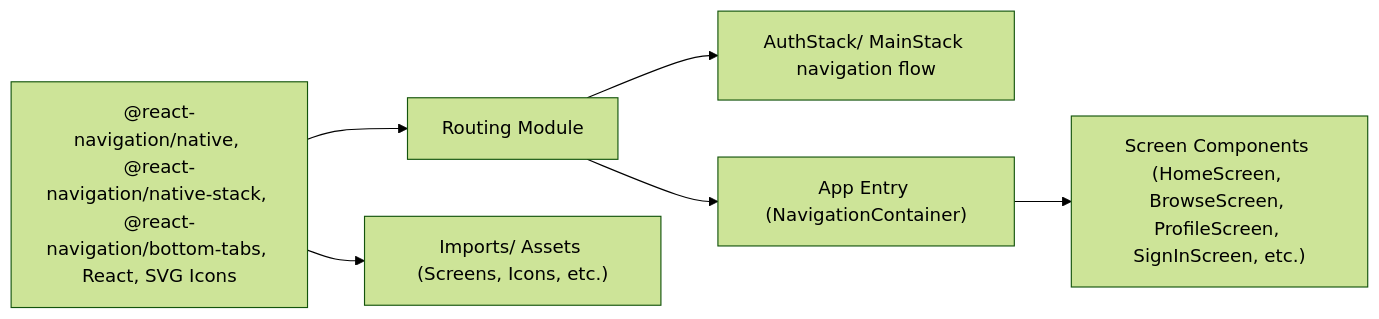
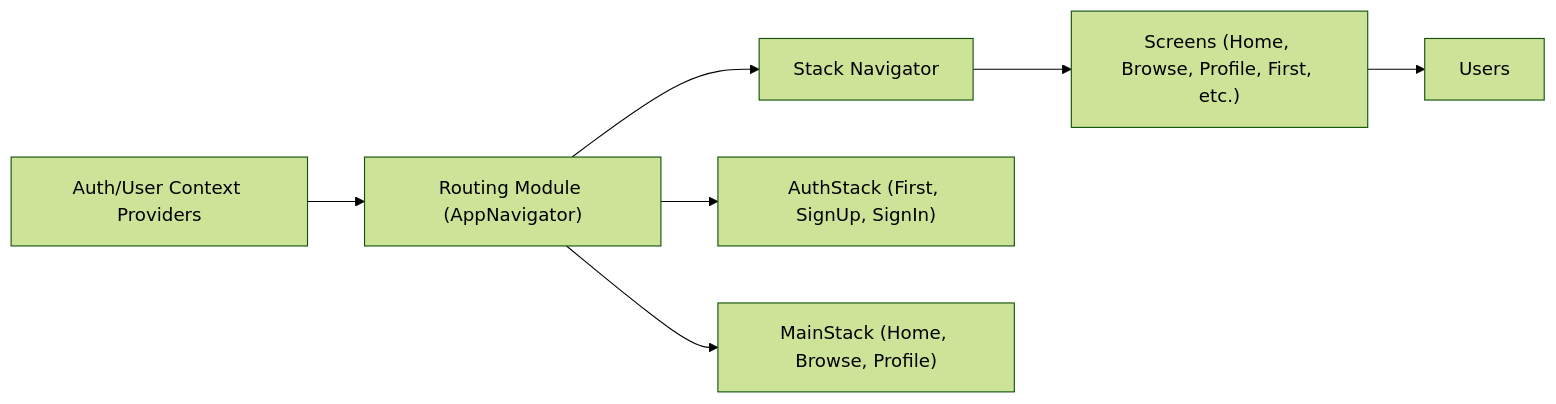
One commit to lucasboucher/Expo-Firebase-Boiler-Plate-2 changed the diagram in .shelfya/guide/routing.md. Above: the diagram before and after it, drawn with Mermaid (forest theme). The commit also changed other lines of this file and 7 other files, not shown here.

````diff
--- a/.shelfya/guide/routing.md
+++ b/.shelfya/guide/routing.md
@@ -44,8 +59,8 @@
 ```mermaid
 flowchart LR
-  dependencies["@react-navigation/native, @react-navigation/native-stack, @react-navigation/bottom-tabs, React, SVG Icons"] --> thisModule["Routing Module"]
-  thisModule --> process["AuthStack/ MainStack navigation flow"] 
-  thisModule --> usedBy["App Entry (NavigationContainer)"]
-  usedBy --> consumers["Screen Components (HomeScreen, BrowseScreen, ProfileScreen, SignInScreen, etc.)"]
-  dependencies --> details["Imports/ Assets (Screens, Icons, etc.)"]
+  contextProviders["Auth/User Context Providers"] --> routingModule["Routing Module (AppNavigator)"] --> navigators["Stack Navigator"]
+  routingModule --> authStack["AuthStack (First, SignUp, SignIn)"]
+  routingModule --> mainStack["MainStack (Home, Browse, Profile)"]
+  navigators --> screens["Screens (Home, Browse, Profile, First, etc.)"]
+  screens --> users["Users"]
 ```
````
